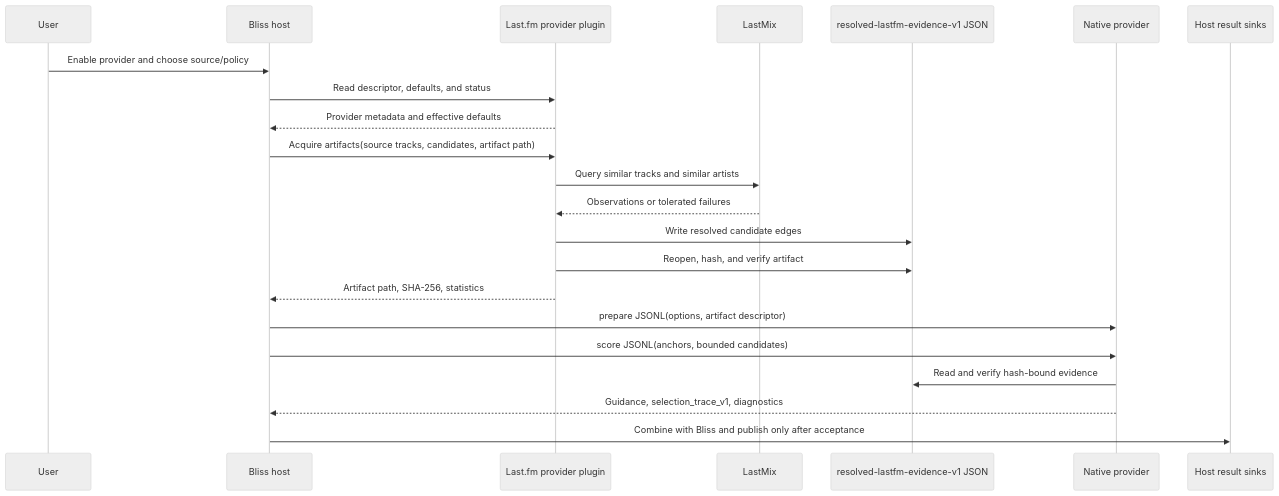
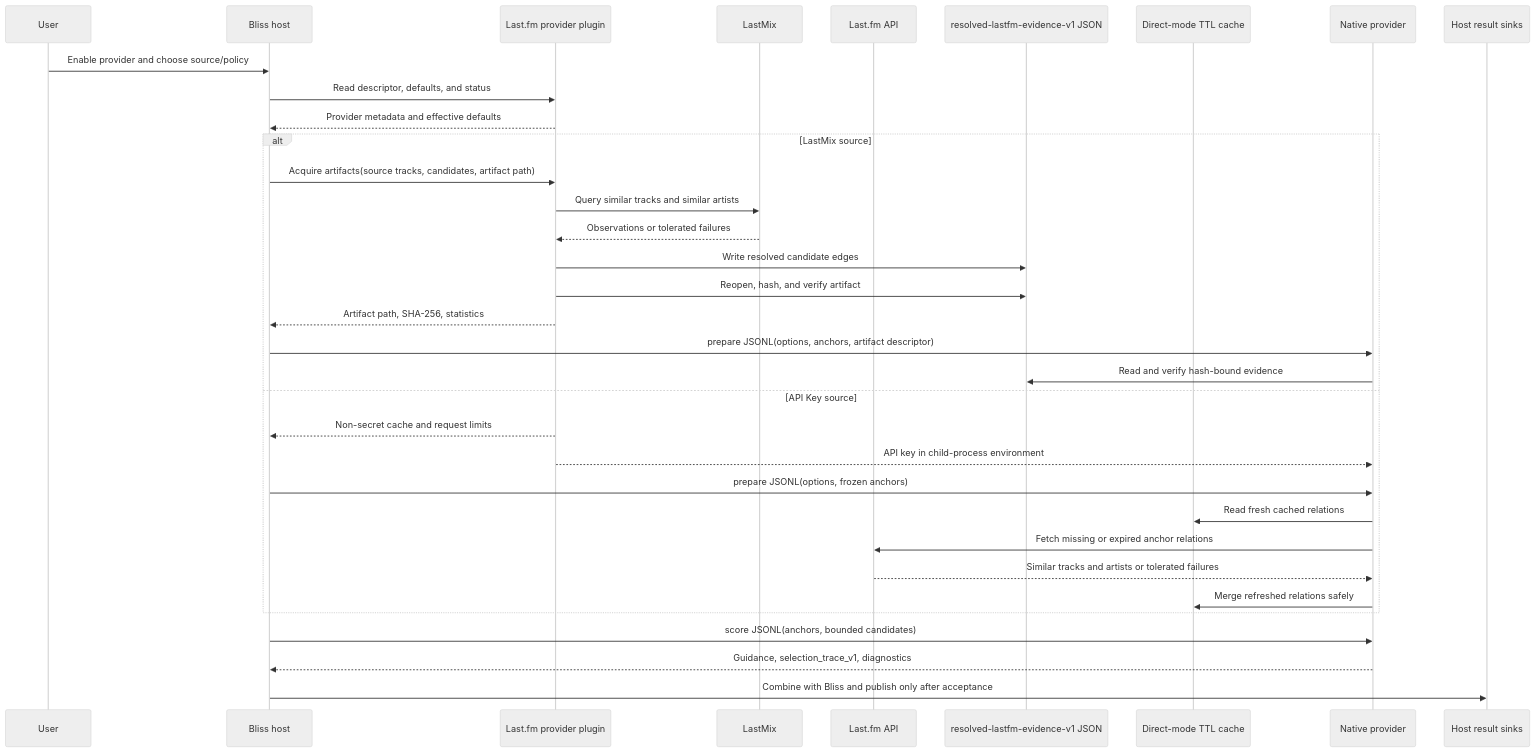
One commit to chrober/lms-guidance-lastfm changed the second of 2 diagrams in README.md. Above: the diagram before and after it, drawn with Mermaid (neutral theme). The commit also changed other lines of this file, not shown here.

Commit message:
docs: describe direct Last.fm acquisition

````diff
--- a/README.md
+++ b/README.md
@@ -80,25 +81,37 @@
 ```mermaid
 sequenceDiagram
     participant U as User
     participant H as Bliss host
     participant P as Last.fm provider plugin
     participant L as LastMix
+    participant A as Last.fm API
     participant F as resolved-lastfm-evidence-v1 JSON
+    participant C as Direct-mode TTL cache
     participant N as Native provider
     participant S as Host result sinks
 
     U->>H: Enable provider and choose source/policy
     H->>P: Read descriptor, defaults, and status
     P-->>H: Provider metadata and effective defaults
-    H->>P: Acquire artifacts(source tracks, candidates, artifact path)
-    P->>L: Query similar tracks and similar artists
-    L-->>P: Observations or tolerated failures
-    P->>F: Write resolved candidate edges
-    P->>F: Reopen, hash, and verify artifact
-    P-->>H: Artifact path, SHA-256, statistics
-    H->>N: prepare JSONL(options, artifact descriptor)
+    alt LastMix source
+        H->>P: Acquire artifacts(source tracks, candidates, artifact path)
+        P->>L: Query similar tracks and similar artists
+        L-->>P: Observations or tolerated failures
+        P->>F: Write resolved candidate edges
+        P->>F: Reopen, hash, and verify artifact
+        P-->>H: Artifact path, SHA-256, statistics
+        H->>N: prepare JSONL(options, anchors, artifact descriptor)
+        N->>F: Read and verify hash-bound evidence
+    else API Key source
+        P-->>H: Non-secret cache and request limits
+        P-->>N: API key in child-process environment
+        H->>N: prepare JSONL(options, frozen anchors)
+        N->>C: Read fresh cached relations
+        N->>A: Fetch missing or expired anchor relations
+        A-->>N: Similar tracks and artists or tolerated failures
+        N->>C: Merge refreshed relations safely
+    end
     H->>N: score JSONL(anchors, bounded candidates)
-    N->>F: Read and verify hash-bound evidence
     N-->>H: Guidance, selection_trace_v1, diagnostics
     H->>S: Combine with Bliss and publish only after acceptance
 ```
````
